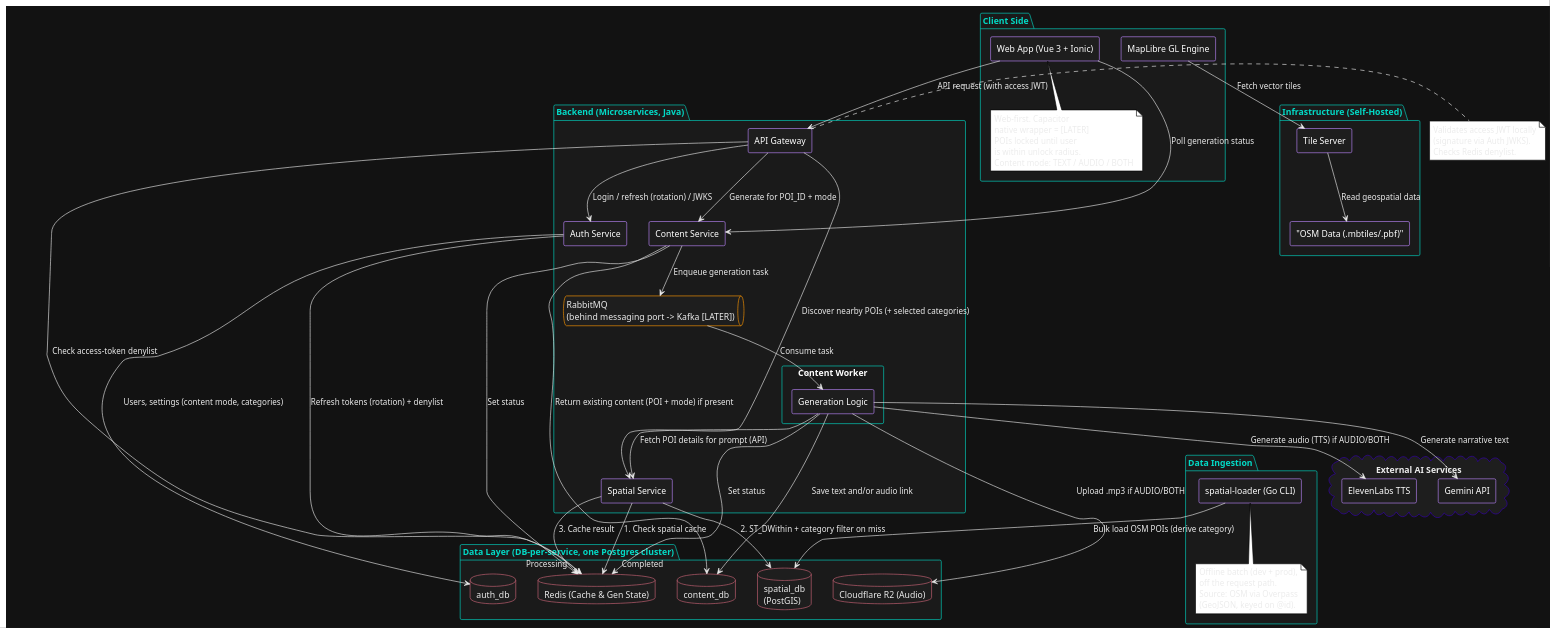
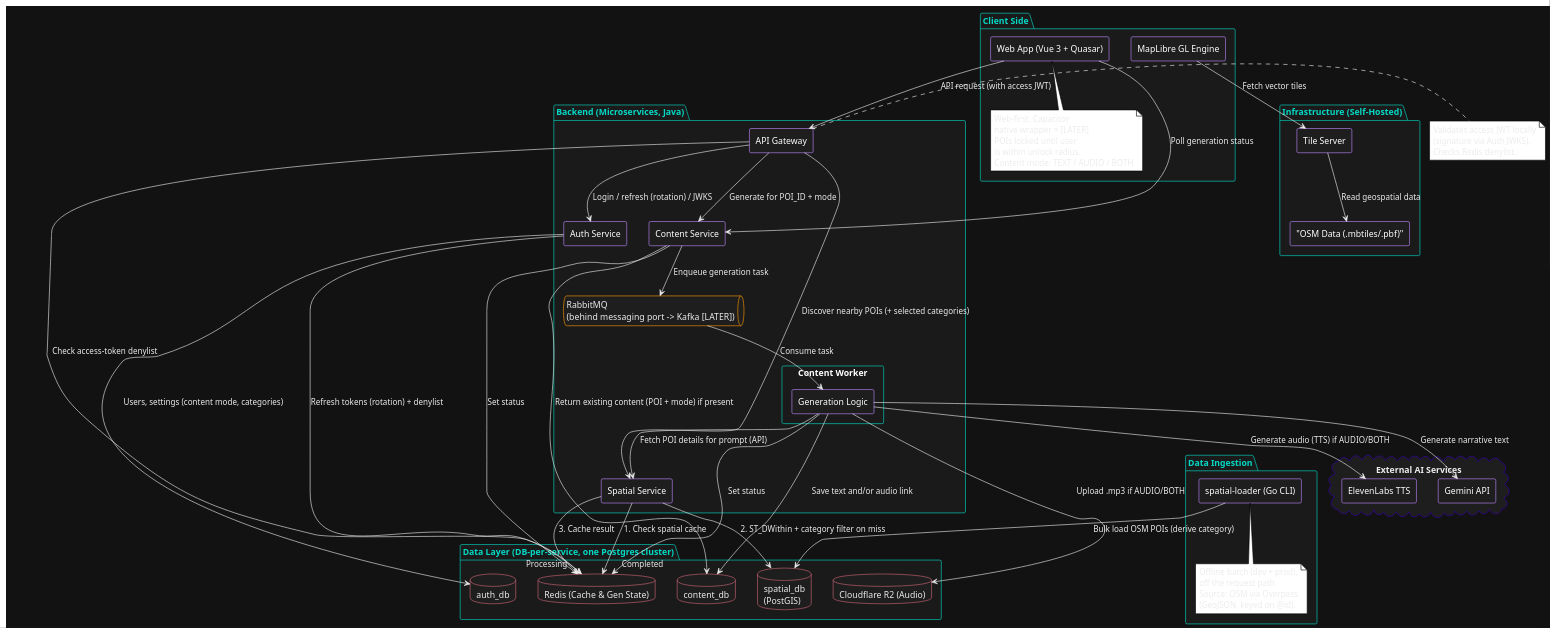
The diagram in docs/trippie-arch.puml (laa66/trippie), drawn with PlantUML before and after one commit. The commit also changed 3 other files, not shown here.

Commit message:
docs rewritten for quasar, styling section replaces the ionic shadow-dom story

```diff
--- a/docs/trippie-arch.puml
+++ b/docs/trippie-arch.puml
@@ -1,127 +1,127 @@
 @startuml
 !theme plain
 ' --- Dark Mode Styling ---
 skinparam backgroundColor #121212
 skinparam DefaultFontColor #ECECEC
 skinparam componentStyle rectangle
 
 skinparam component {
     BackgroundColor #1E1E1E
     BorderColor #BB86FC
     FontColor #FFFFFF
 }
 
 skinparam package {
     BackgroundColor #1A1A1A
     BorderColor #03DAC6
     FontColor #03DAC6
 }
 
 skinparam database {
     BackgroundColor #1E1E1E
     BorderColor #CF6679
 }
 
 skinparam queue {
     BackgroundColor #1E1E1E
     BorderColor #FF9800
 }
 
 skinparam cloud {
     BackgroundColor #1E1E1E
     BorderColor #3700B3
 }
 
 skinparam arrow {
     Color #ECECEC
     FontColor #ECECEC
 }
 
 ' Legend:
 '   [MVP]    - in scope for the first end-to-end slice
 '   [LATER]  - target architecture, added after MVP works
 
 ' --- Components ---
 
 package "Client Side" {
-    [Web App (Vue 3 + Ionic)] as UI
+    [Web App (Vue 3 + Quasar)] as UI
     [MapLibre GL Engine] as Maps
     note bottom of UI : Web-first. Capacitor\nnative wrapper = [LATER]\nPOIs locked until user\nis within unlock radius.\nContent mode: TEXT / AUDIO / BOTH
 }
 
 package "Infrastructure (Self-Hosted)" {
     [Tile Server] as TileServer
     ["OSM Data (.mbtiles/.pbf)"] as OSM_Data
 }
 
 package "Data Ingestion" {
     [spatial-loader (Go CLI)] as Loader
     note bottom of Loader : Offline batch (dev + prod),\noff the request path.\nSource: OSM via Overpass\n(GeoJSON, keyed on @id).
 }
 
 package "Backend (Microservices, Java)" {
     [API Gateway] as Gateway
     [Auth Service] as Auth
     [Spatial Service] as Spatial
     [Content Service] as Content
 
     queue "RabbitMQ\n(behind messaging port -> Kafka [LATER])" as Queue
 
     component "Content Worker" {
         [Generation Logic] as Worker
     }
 }
 
 package "Data Layer (DB-per-service, one Postgres cluster)" {
     database "spatial_db\n(PostGIS)" as SpatialDB
     database "auth_db" as AuthDB
     database "content_db" as ContentDB
     database "Redis (Cache & Gen State)" as Redis
     database "Cloudflare R2 (Audio)" as R2
 }
 
 cloud "External AI Services" {
     [Gemini API] as Gemini
     [ElevenLabs TTS] as Eleven
 }
 
 ' --- Relationships ---
 
 ' Map rendering (self-hosted tiles)
 Maps --> TileServer : Fetch vector tiles
 TileServer --> OSM_Data : Read geospatial data
 
 ' Ingestion
 Loader --> SpatialDB : Bulk load OSM POIs (derive category)
 
 ' Auth & tokens
 UI --> Gateway : API request (with access JWT)
 note right of Gateway : Validates access JWT locally\n(signature via Auth JWKS).\nChecks Redis denylist.
 Gateway --> Auth : Login / refresh (rotation) / JWKS
 Gateway --> Redis : Check access-token denylist
 Auth --> AuthDB : Users, settings (content mode, categories)
 Auth --> Redis : Refresh tokens (rotation) + denylist
 
 ' Discovery (spatial is pure geo)
 Gateway --> Spatial : Discover nearby POIs (+ selected categories)
 Spatial --> Redis : 1. Check spatial cache
 Spatial --> SpatialDB : 2. ST_DWithin + category filter on miss
 Spatial --> Redis : 3. Cache result
 
 ' Content generation (orchestrated by Content, NOT Spatial)
 ' Only for unlocked POIs. Mode = TEXT / AUDIO / BOTH.
 Gateway --> Content : Generate for POI_ID + mode
 Content --> ContentDB : Return existing content (POI + mode) if present
 Content --> Queue : Enqueue generation task
 Content --> Redis : Set status "Processing"
 UI --> Content : Poll generation status
 
 Queue --> Worker : Consume task
 Worker --> Spatial : Fetch POI details for prompt (API)
 Worker --> Gemini : Generate narrative text
 Worker --> Eleven : Generate audio (TTS) if AUDIO/BOTH
 Worker --> R2 : Upload .mp3 if AUDIO/BOTH
 Worker --> ContentDB : Save text and/or audio link
 Worker --> Redis : Set status "Completed"
 
 @enduml
```
